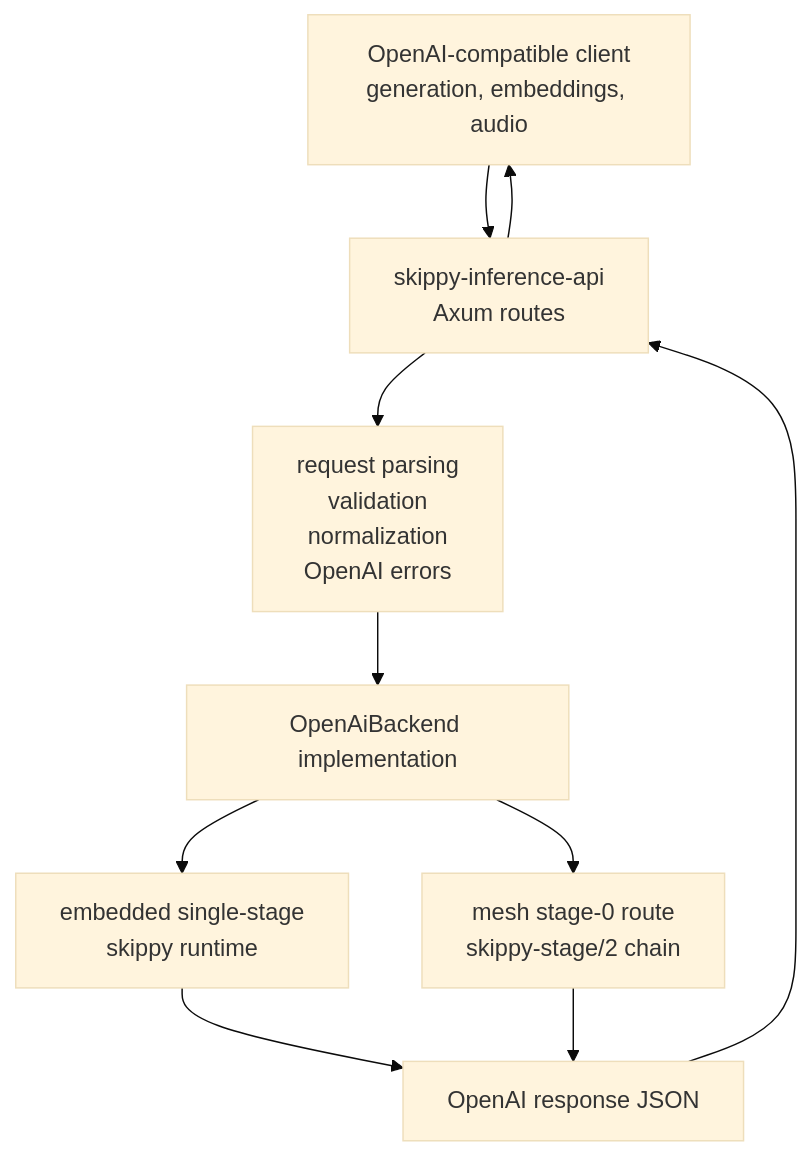
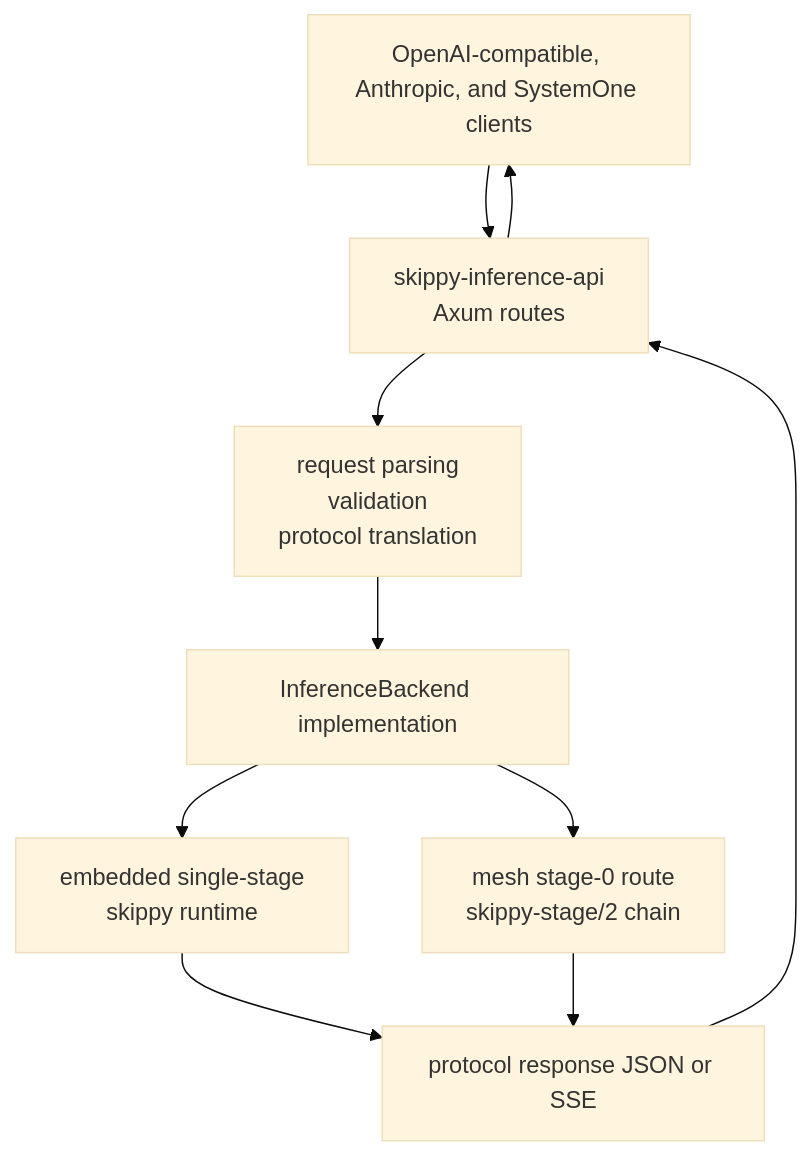
The diagram in skippy/crates/skippy-inference-api/README.md (Mesh-LLM/mesh-llm), drawn with Mermaid (base theme) before and after one commit. The commit also changed other lines of this file and 121 other files, not shown here.

First line of the commit message:
refactor(skippy)!: name shared inference API contracts by protocol scope

````diff
--- a/skippy/crates/skippy-inference-api/README.md
+++ b/skippy/crates/skippy-inference-api/README.md
@@ -66,12 +71,12 @@
 ```mermaid
 flowchart TB
-    C["OpenAI-compatible client<br/>generation, embeddings, audio"] --> R["skippy-inference-api<br/>Axum routes"]
-    R --> Parse["request parsing<br/>validation<br/>normalization<br/>OpenAI errors"]
-    Parse --> B["OpenAiBackend implementation"]
+    C["OpenAI-compatible, Anthropic, and SystemOne clients"] --> R["skippy-inference-api<br/>Axum routes"]
+    R --> Parse["request parsing<br/>validation<br/>protocol translation"]
+    Parse --> B["InferenceBackend implementation"]
     B --> Local["embedded single-stage<br/>skippy runtime"]
     B --> Chain["mesh stage-0 route<br/>skippy-stage/2 chain"]
-    Local --> Resp["OpenAI response JSON"]
+    Local --> Resp["protocol response JSON or SSE"]
     Chain --> Resp
     Resp --> R
     R --> C
 ```
````
